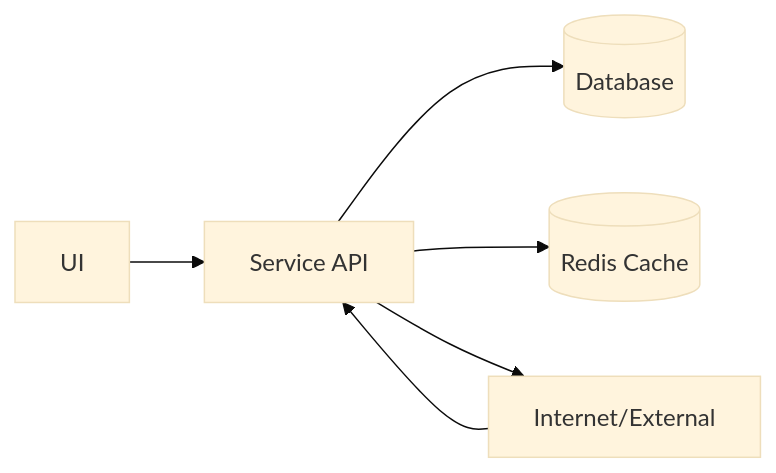
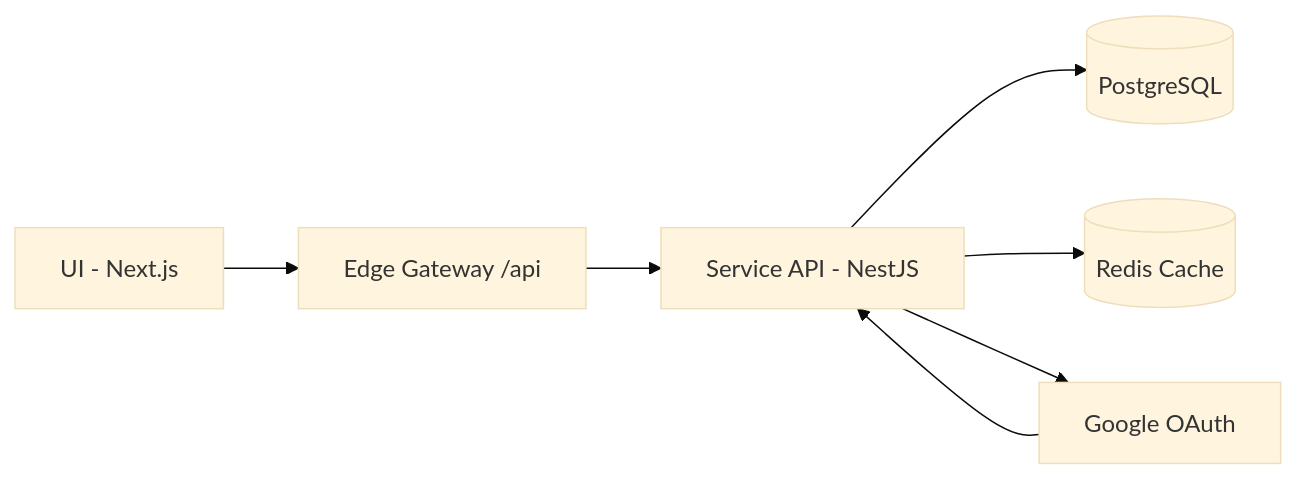
Before and after one commit to CVThien2k2/joytab: the first of 6 diagrams in docs/system-architecture-20260522.md, drawn with Mermaid (base theme). The commit also changed other lines of this file and 14 other files, not shown here.

First line of the commit message:
Update security documentation, system architecture, and technology selection

````diff
--- a/docs/system-architecture-20260522.md
+++ b/docs/system-architecture-20260522.md
@@ -8,8 +8,9 @@
 ```mermaid
 flowchart LR
-  UI[UI] --> API[Service API]
-  API --> DB[(Database)]
+  UI[UI - Next.js] --> GW[Edge Gateway /api]
+  GW --> API[Service API - NestJS]
+  API --> DB[(PostgreSQL)]
   API --> REDIS[(Redis Cache)]
-  API --> EXT[Internet/External]
-  EXT --> API
+  API --> GG[Google OAuth]
+  GG --> API
 ```
````
